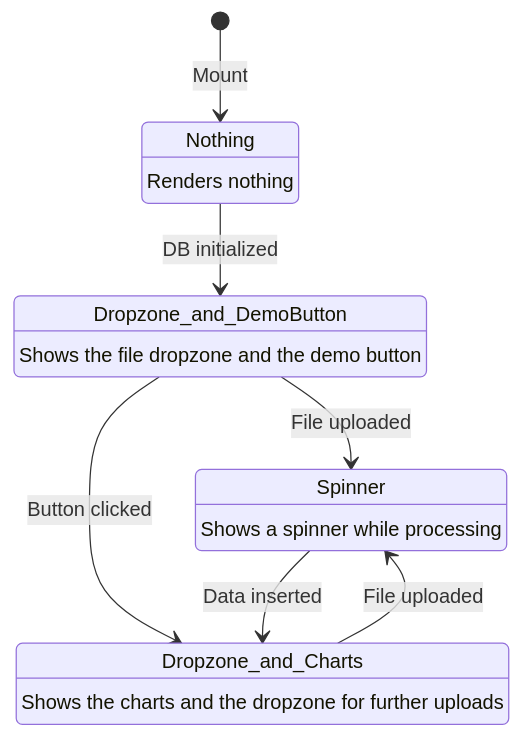
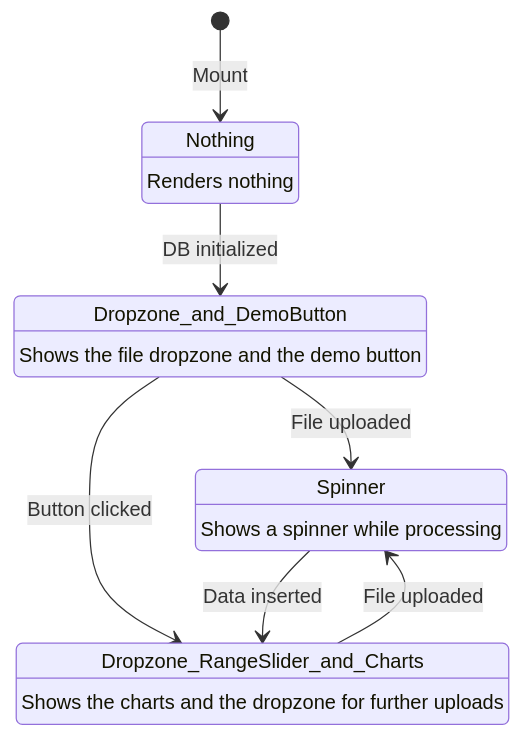
The first of 2 diagrams in app/README.md (Gudsfile/tracksy), drawn with Mermaid before and after one commit. The commit also changed other lines of this file, not shown here.

Commit message:
docs: update docs with RangeSlider process

````diff
--- a/app/README.md
+++ b/app/README.md
@@ -61,19 +61,19 @@
 ```mermaid
 stateDiagram-v2
   [*] --> Nothing:Mount
   Nothing --> Dropzone_and_DemoButton:DB initialized
   Dropzone_and_DemoButton --> Spinner:File uploaded
-  Dropzone_and_DemoButton --> Dropzone_and_Charts:Button clicked
-  Spinner --> Dropzone_and_Charts:Data inserted
-  Dropzone_and_Charts --> Spinner:File uploaded
+  Dropzone_and_DemoButton --> Dropzone_RangeSlider_and_Charts:Button clicked
+  Spinner --> Dropzone_RangeSlider_and_Charts:Data inserted
+  Dropzone_RangeSlider_and_Charts --> Spinner:File uploaded
 
   Nothing:Nothing
   Dropzone_and_DemoButton:Dropzone_and_DemoButton
   Spinner:Spinner
-  Dropzone_and_Charts:Dropzone_and_Charts
+  Dropzone_RangeSlider_and_Charts:Dropzone_RangeSlider_and_Charts
 
 Nothing:Renders nothing
 Dropzone_and_DemoButton:Shows the file dropzone and the demo button
 Spinner:Shows a spinner while processing
-Dropzone_and_Charts:Shows the charts and the dropzone for further uploads
+Dropzone_RangeSlider_and_Charts:Shows the charts and the dropzone for further uploads
 ```
````
